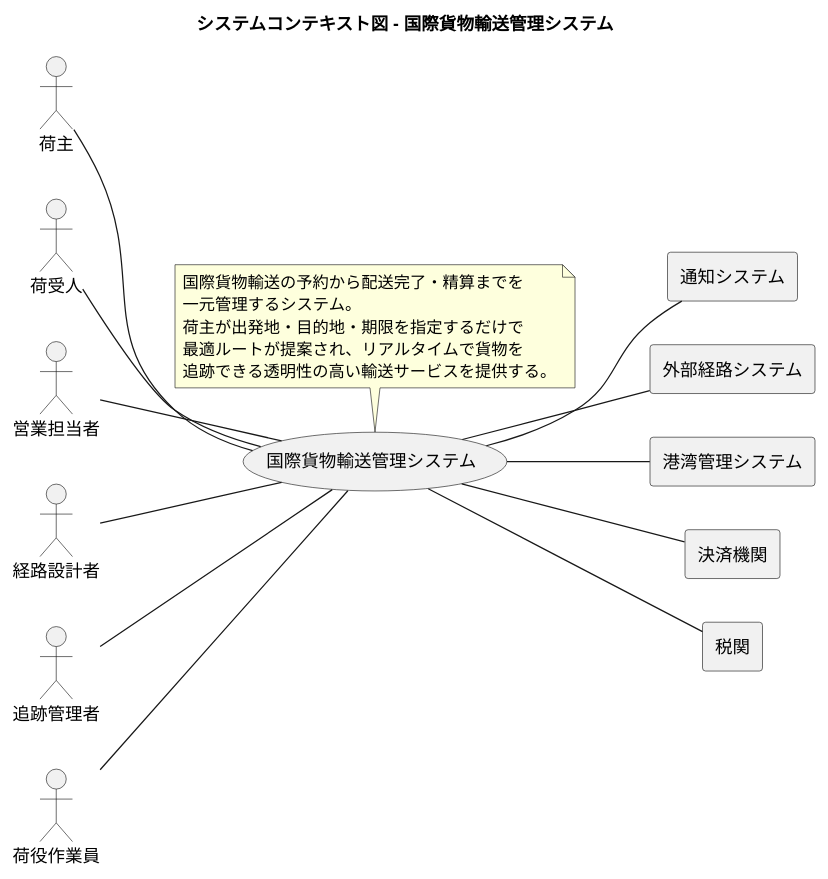
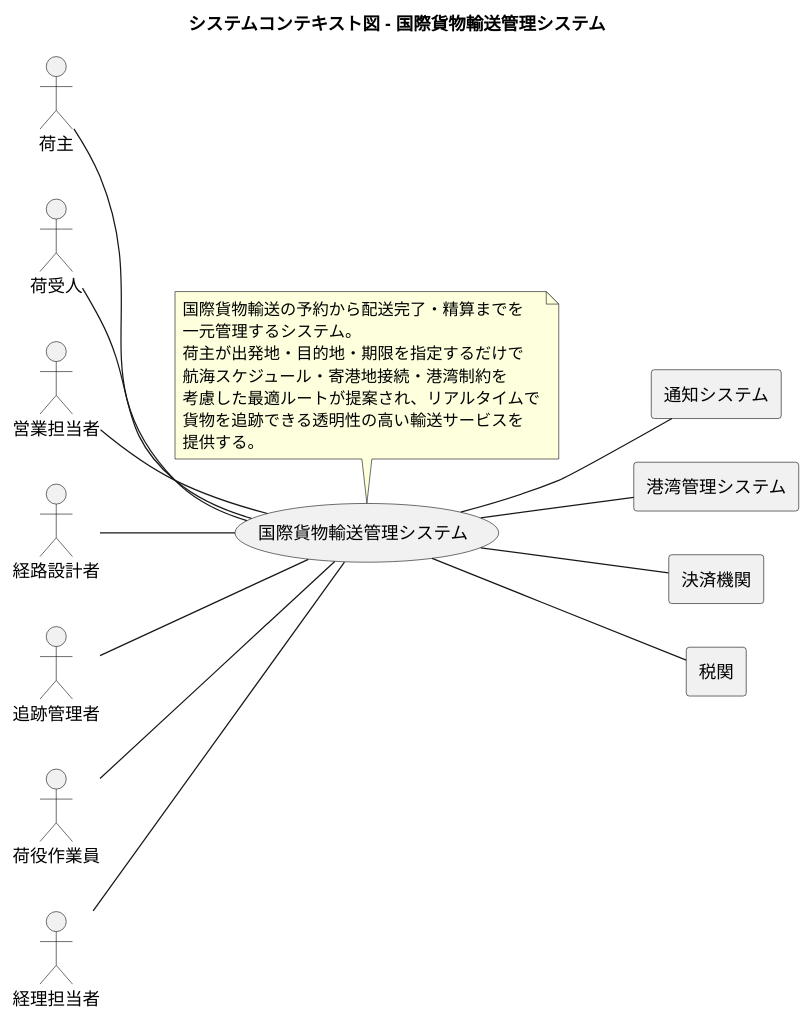
Before and after one commit to k2works/case-study-cargo-tracker: the first of 21 diagrams in docs/requirements/requirements_definition.md, drawn with PlantUML. The commit also changed other lines of this file and 3 other files, not shown here.

````diff
--- a/docs/requirements/requirements_definition.md
+++ b/docs/requirements/requirements_definition.md
@@ -16,44 +16,46 @@
 ```plantuml
 @startuml
 
 title システムコンテキスト図 - 国際貨物輸送管理システム
 
 left to right direction
 
 actor 荷主
 actor 荷受人
 actor 営業担当者
 actor 経路設計者
 actor 追跡管理者
 actor 荷役作業員
+actor 経理担当者
 
 agent 通知システム
-agent 外部経路システム
 agent 港湾管理システム
 agent 決済機関
 agent 税関
 
 usecase 国際貨物輸送管理システム
 note top of 国際貨物輸送管理システム
   国際貨物輸送の予約から配送完了・精算までを
   一元管理するシステム。
   荷主が出発地・目的地・期限を指定するだけで
-  最適ルートが提案され、リアルタイムで貨物を
-  追跡できる透明性の高い輸送サービスを提供する。
+  航海スケジュール・寄港地接続・港湾制約を
+  考慮した最適ルートが提案され、リアルタイムで
+  貨物を追跡できる透明性の高い輸送サービスを
+  提供する。
 end note
 
 :荷主: -- (国際貨物輸送管理システム)
 :荷受人: -- (国際貨物輸送管理システム)
 :営業担当者: -- (国際貨物輸送管理システム)
 :経路設計者: -- (国際貨物輸送管理システム)
 :追跡管理者: -- (国際貨物輸送管理システム)
 :荷役作業員: -- (国際貨物輸送管理システム)
+:経理担当者: -- (国際貨物輸送管理システム)
 
 (国際貨物輸送管理システム) -- 通知システム
-(国際貨物輸送管理システム) -- 外部経路システム
 (国際貨物輸送管理システム) -- 港湾管理システム
 (国際貨物輸送管理システム) -- 決済機関
 (国際貨物輸送管理システム) -- 税関
 
 @enduml
 ```
````
